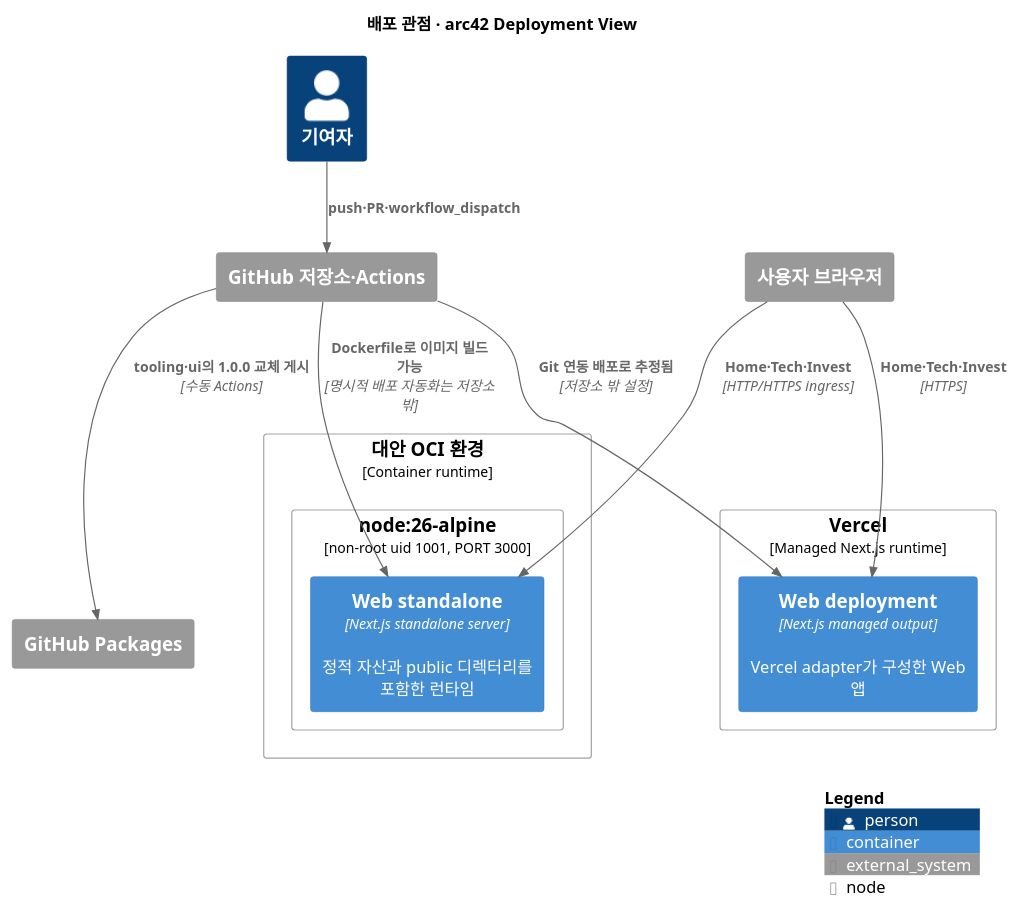
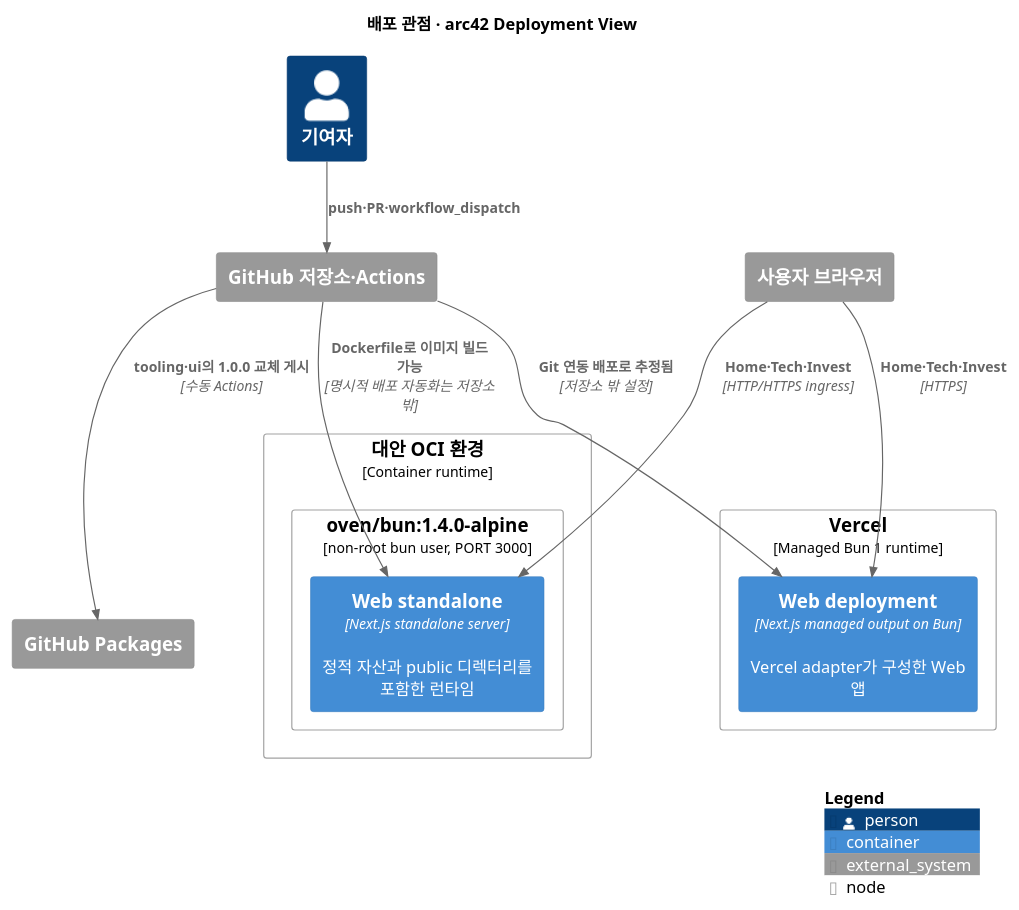
One commit to jongminchung/jongminchung changed the diagram in docs/diagrams/onboarding-deployment.puml. Above: the diagram before and after it, drawn with PlantUML. The commit also changed 241 other files, not shown here.

```diff
--- a/docs/diagrams/onboarding-deployment.puml
+++ b/docs/diagrams/onboarding-deployment.puml
@@ -1,30 +1,30 @@
 @startuml
 !include <C4/C4_Deployment>
 
 title 배포 관점 · arc42 Deployment View
 
 Person(developer, "기여자")
 System_Ext(github, "GitHub 저장소·Actions")
 
-Deployment_Node(vercel, "Vercel", "Managed Next.js runtime") {
-  Container(vercelWeb, "Web deployment", "Next.js managed output", "Vercel adapter가 구성한 Web 앱")
+Deployment_Node(vercel, "Vercel", "Managed Bun 1 runtime") {
+  Container(vercelWeb, "Web deployment", "Next.js managed output on Bun", "Vercel adapter가 구성한 Web 앱")
 }
 
 Deployment_Node(oci, "대안 OCI 환경", "Container runtime") {
-  Deployment_Node(container, "node:26-alpine", "non-root uid 1001, PORT 3000") {
+  Deployment_Node(container, "oven/bun:1.4.0-alpine", "non-root bun user, PORT 3000") {
     Container(standaloneWeb, "Web standalone", "Next.js standalone server", "정적 자산과 public 디렉터리를 포함한 런타임")
   }
 }
 
 System_Ext(browser, "사용자 브라우저")
 System_Ext(registry, "GitHub Packages")
 
 Rel(developer, github, "push·PR·workflow_dispatch")
 Rel(github, vercelWeb, "Git 연동 배포로 추정됨", "저장소 밖 설정")
 Rel(github, standaloneWeb, "Dockerfile로 이미지 빌드 가능", "명시적 배포 자동화는 저장소 밖")
 Rel(browser, vercelWeb, "Home·Tech·Invest", "HTTPS")
 Rel(browser, standaloneWeb, "Home·Tech·Invest", "HTTP/HTTPS ingress")
 Rel(github, registry, "tooling·ui의 1.0.0 교체 게시", "수동 Actions")
 
 SHOW_LEGEND()
 @enduml
```
